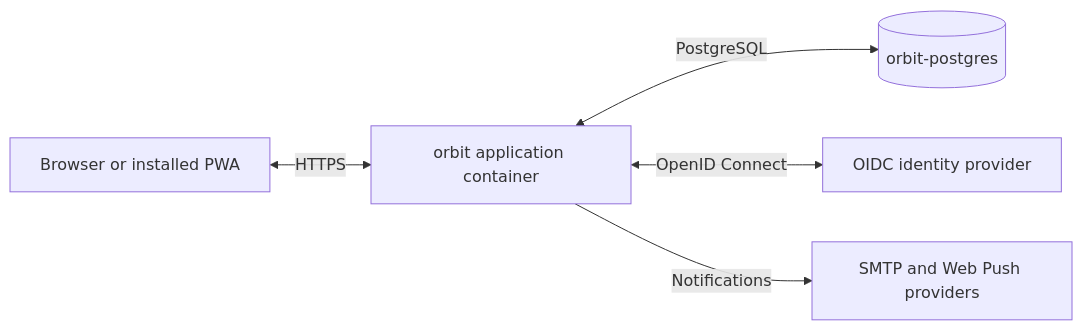
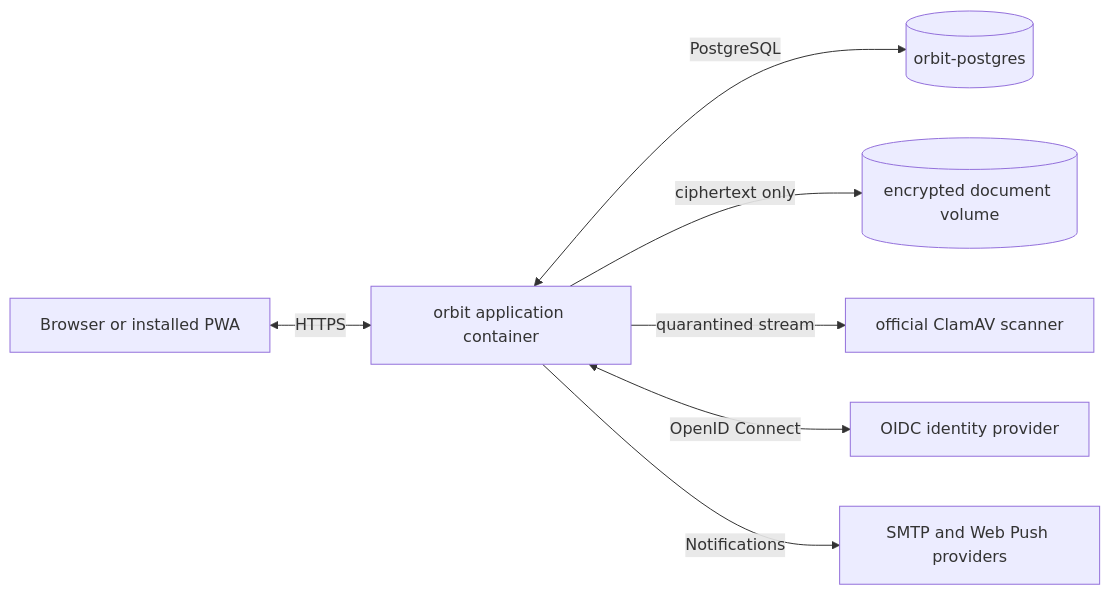
Before and after one commit to tomlawesome/orbit: the diagram in README.md, drawn with Mermaid. The commit also changed other lines of this file and 50 other files, not shown here.

````diff
--- a/README.md
+++ b/README.md
@@ -109,13 +110,17 @@
 ```mermaid
 flowchart LR
     browser["Browser or installed PWA"]
     orbit["orbit application container"]
     postgres[("orbit-postgres")]
+    documents[("encrypted document volume")]
+    scanner["official ClamAV scanner"]
     identity["OIDC identity provider"]
     delivery["SMTP and Web Push providers"]
 
     browser <-->|HTTPS| orbit
     orbit <-->|PostgreSQL| postgres
+    orbit -->|ciphertext only| documents
+    orbit -->|quarantined stream| scanner
     orbit <-->|OpenID Connect| identity
     orbit -->|Notifications| delivery
 ```
````
